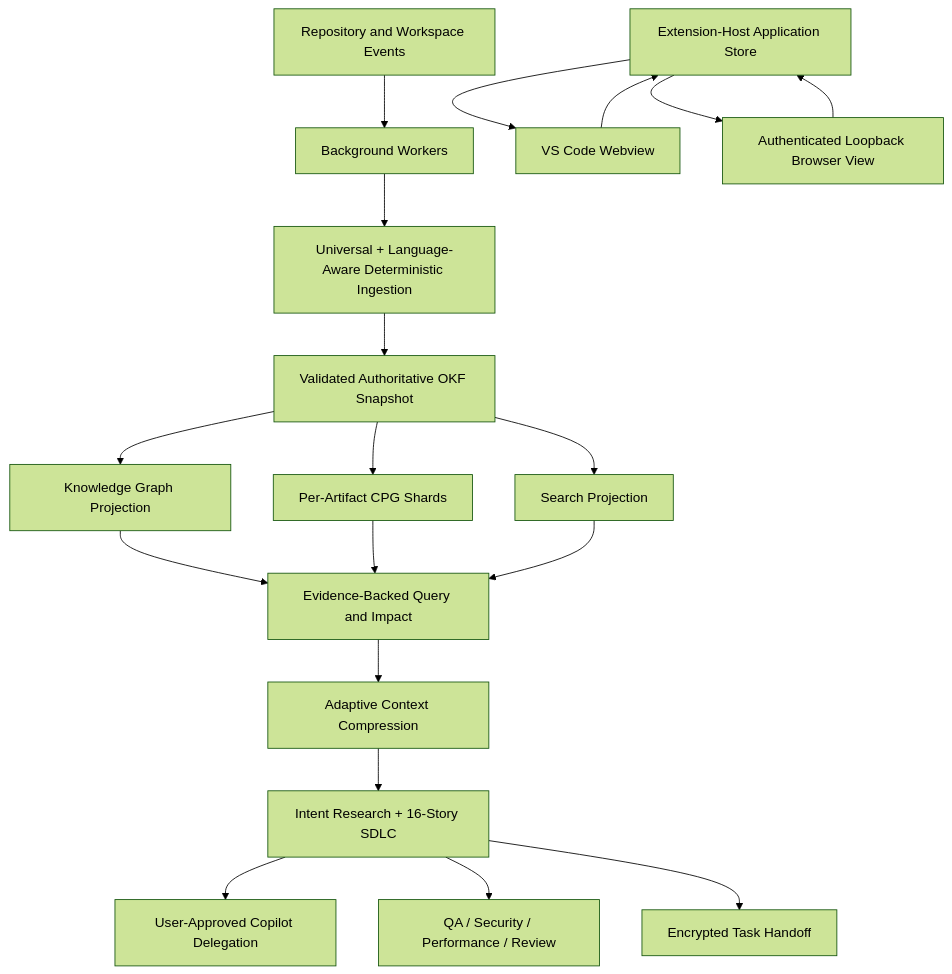
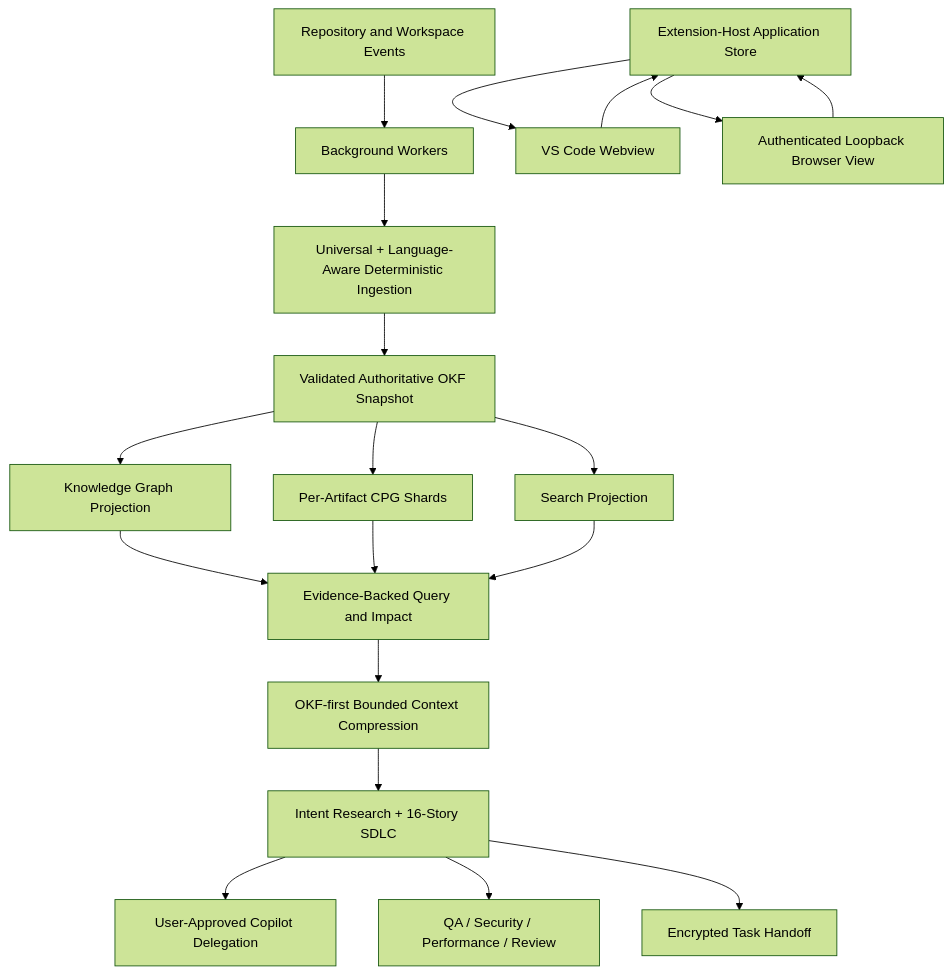
The diagram in docs/ARCHITECTURE.md (sudh33rg/keystone), drawn with Mermaid (forest theme) before and after one commit. The commit also changed other lines of this file and 91 other files, not shown here.

````diff
--- a/docs/ARCHITECTURE.md
+++ b/docs/ARCHITECTURE.md
@@ -5,21 +5,21 @@
 ```mermaid
 flowchart TD
     FS[Repository and Workspace Events] --> W[Background Workers]
     W --> ING[Universal + Language-Aware Deterministic Ingestion]
     ING --> OKF[Validated Authoritative OKF Snapshot]
     OKF --> GRAPH[Knowledge Graph Projection]
     OKF --> CPG[Per-Artifact CPG Shards]
     OKF --> SEARCH[Search Projection]
     GRAPH --> QUERY[Evidence-Backed Query and Impact]
     CPG --> QUERY
     SEARCH --> QUERY
-    QUERY --> CTX[Adaptive Context Compression]
+    QUERY --> CTX[OKF-first Bounded Context Compression]
     CTX --> SDLC[Intent Research + 16-Story SDLC]
     SDLC --> COPILOT[User-Approved Copilot Delegation]
     SDLC --> QA[QA / Security / Performance / Review]
     SDLC --> HANDOFF[Encrypted Task Handoff]
     STORE[Extension-Host Application Store] --> VSCODE[VS Code Webview]
     STORE --> BROWSER[Authenticated Loopback Browser View]
     VSCODE --> STORE
     BROWSER --> STORE
 ```
````
